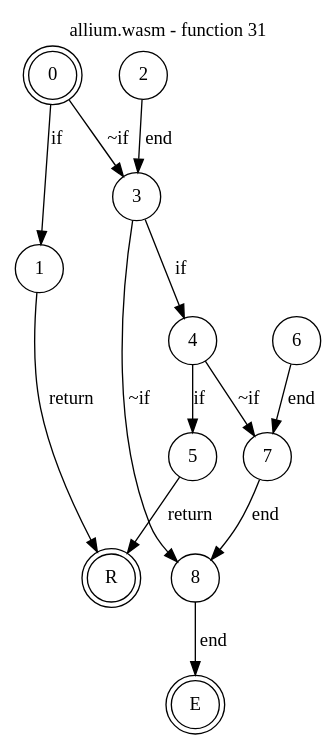
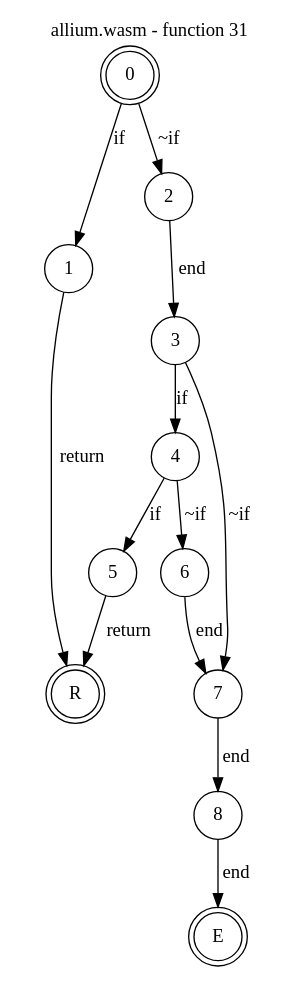
The diagram in test_cases/allium/funcs/allium-func31.dot (jsCarleton/wanalyze), drawn with Graphviz before and after one commit. The commit also changed 205 other files, not shown here.

```diff
--- a/test_cases/allium/funcs/allium-func31.dot
+++ b/test_cases/allium/funcs/allium-func31.dot
@@ -1,21 +1,21 @@
 digraph finite_state_machine {
     label = "allium.wasm - function 31"
     labelloc =  t
     labelfontsize = 16
     labelfontcolor = black
     labelfontname = "Helvetica"
     node [shape = doublecircle]; 0 E R ;
     node [shape = circle];
     0 -> 1[label="if"];
-    0 -> 3[label="~if"];
+    0 -> 2[label="~if"];
     1 -> R[label="return"];
     2 -> 3[label="end"];
     3 -> 4[label="if"];
-    3 -> 8[label="~if"];
+    3 -> 7[label="~if"];
     4 -> 5[label="if"];
-    4 -> 7[label="~if"];
+    4 -> 6[label="~if"];
     5 -> R[label="return"];
     6 -> 7[label="end"];
     7 -> 8[label="end"];
     8 -> E[label="end"];
 }
```
